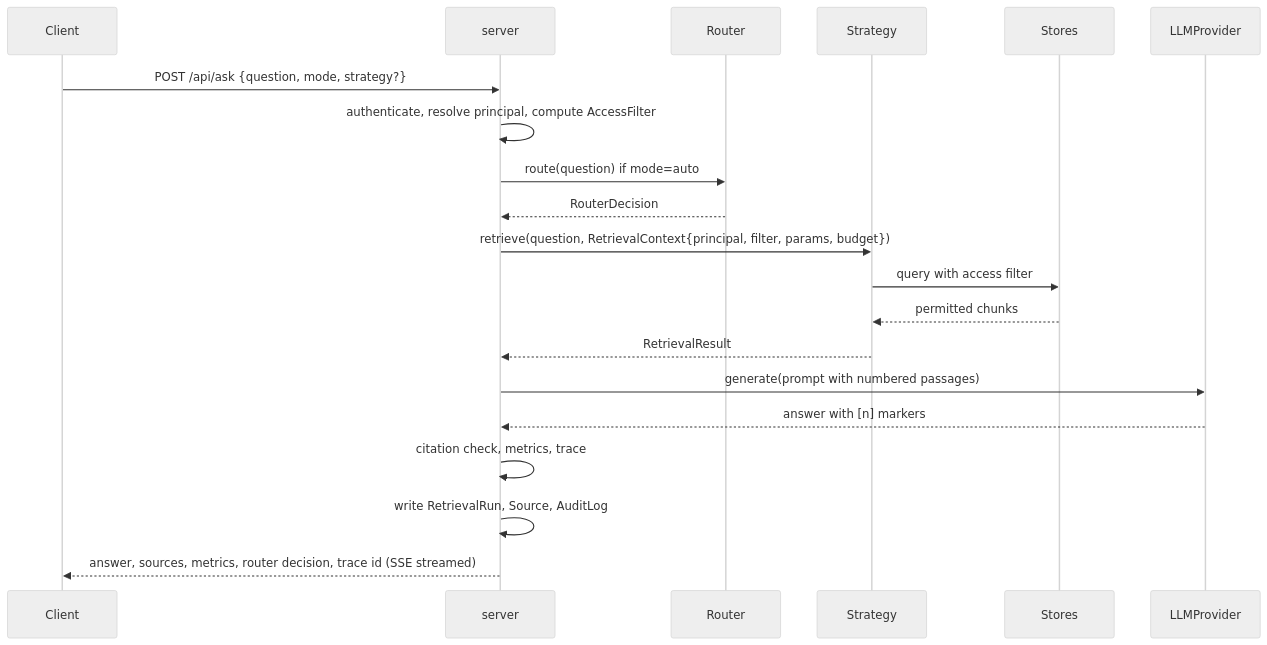
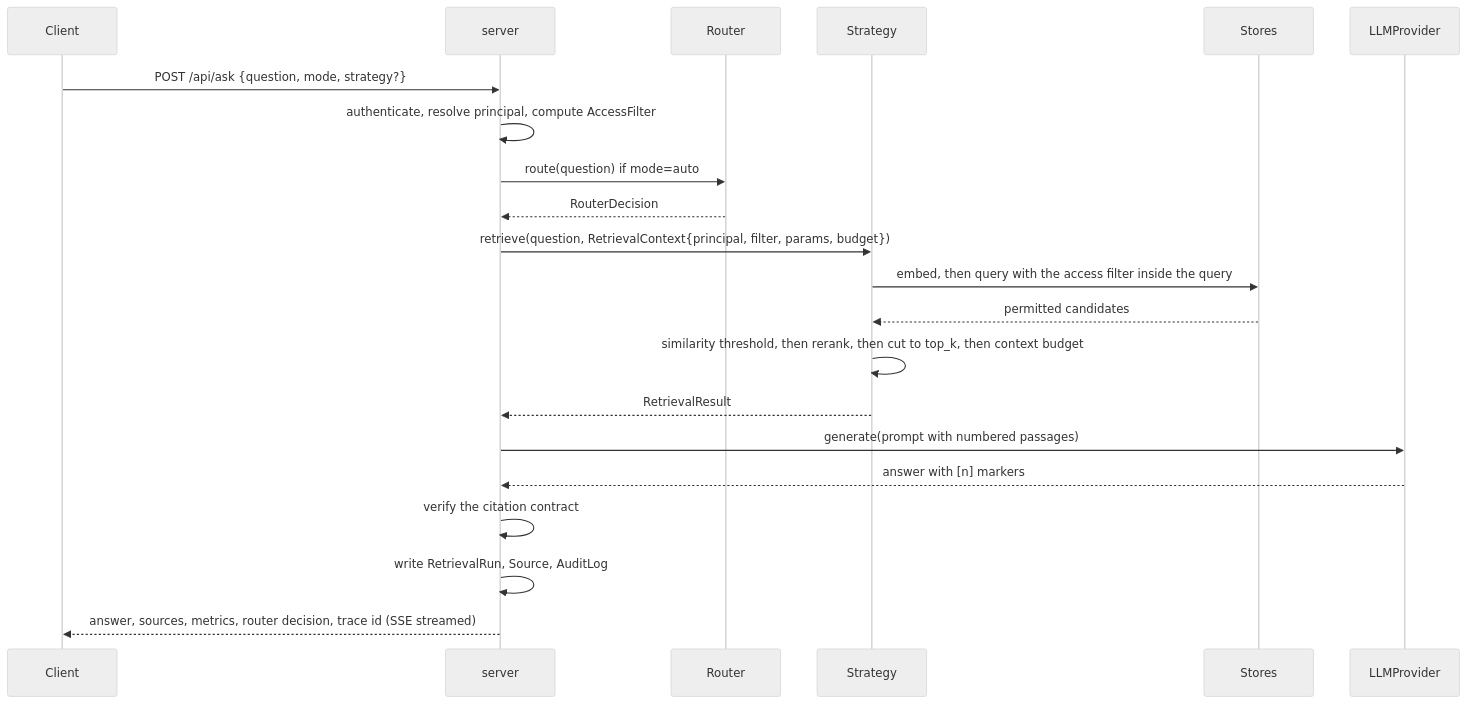
Before and after one commit to ranjan-del/ragfabric: the second of 2 diagrams in docs/architecture.md, drawn with Mermaid (neutral theme). The commit also changed other lines of this file, not shown here.

First line of the commit message:
docs: sync architecture.md with the shipped Phase 3 module layout

````diff
--- a/docs/architecture.md
+++ b/docs/architecture.md
@@ -44,22 +44,23 @@
 ```mermaid
 sequenceDiagram
     participant U as Client
     participant S as server
     participant R as Router
     participant St as Strategy
     participant Store as Stores
     participant L as LLMProvider
     U->>S: POST /api/ask {question, mode, strategy?}
     S->>S: authenticate, resolve principal, compute AccessFilter
     S->>R: route(question) if mode=auto
     R-->>S: RouterDecision
     S->>St: retrieve(question, RetrievalContext{principal, filter, params, budget})
-    St->>Store: query with access filter
-    Store-->>St: permitted chunks
+    St->>Store: embed, then query with the access filter inside the query
+    Store-->>St: permitted candidates
+    St->>St: similarity threshold, then rerank, then cut to top_k, then context budget
     St-->>S: RetrievalResult
     S->>L: generate(prompt with numbered passages)
     L-->>S: answer with [n] markers
-    S->>S: citation check, metrics, trace
+    S->>S: verify the citation contract
     S->>S: write RetrievalRun, Source, AuditLog
     S-->>U: answer, sources, metrics, router decision, trace id (SSE streamed)
 ```
````
